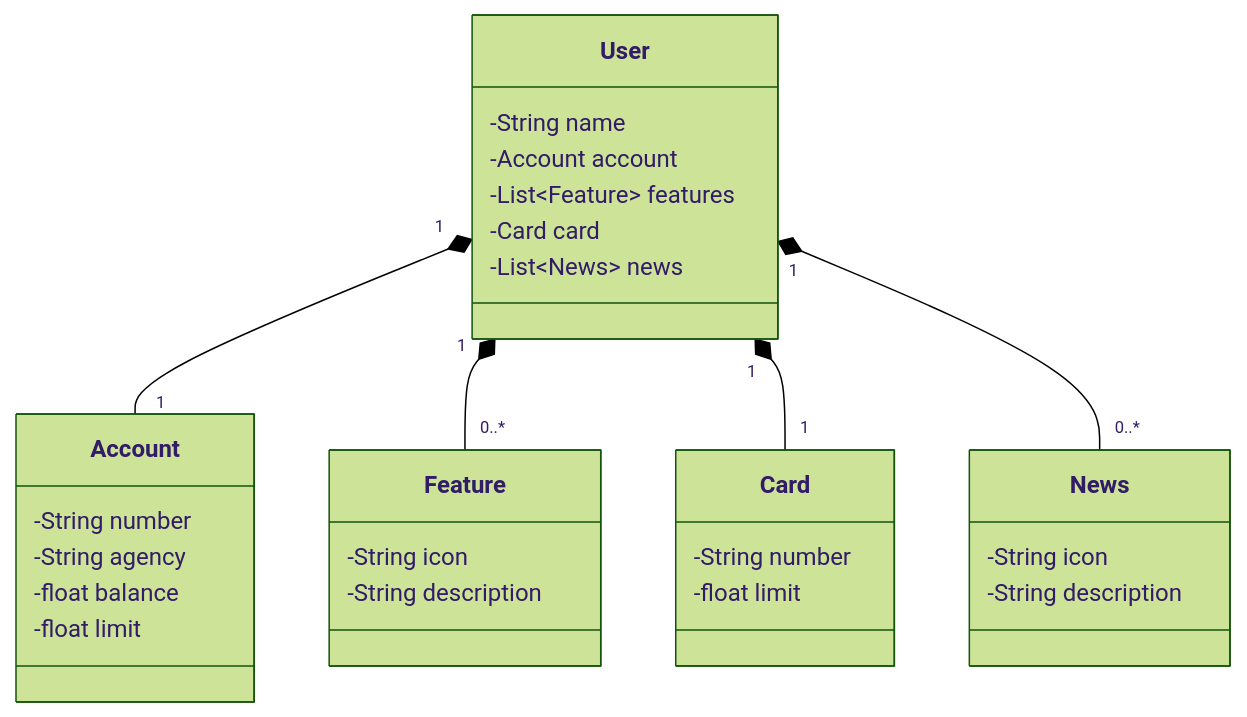
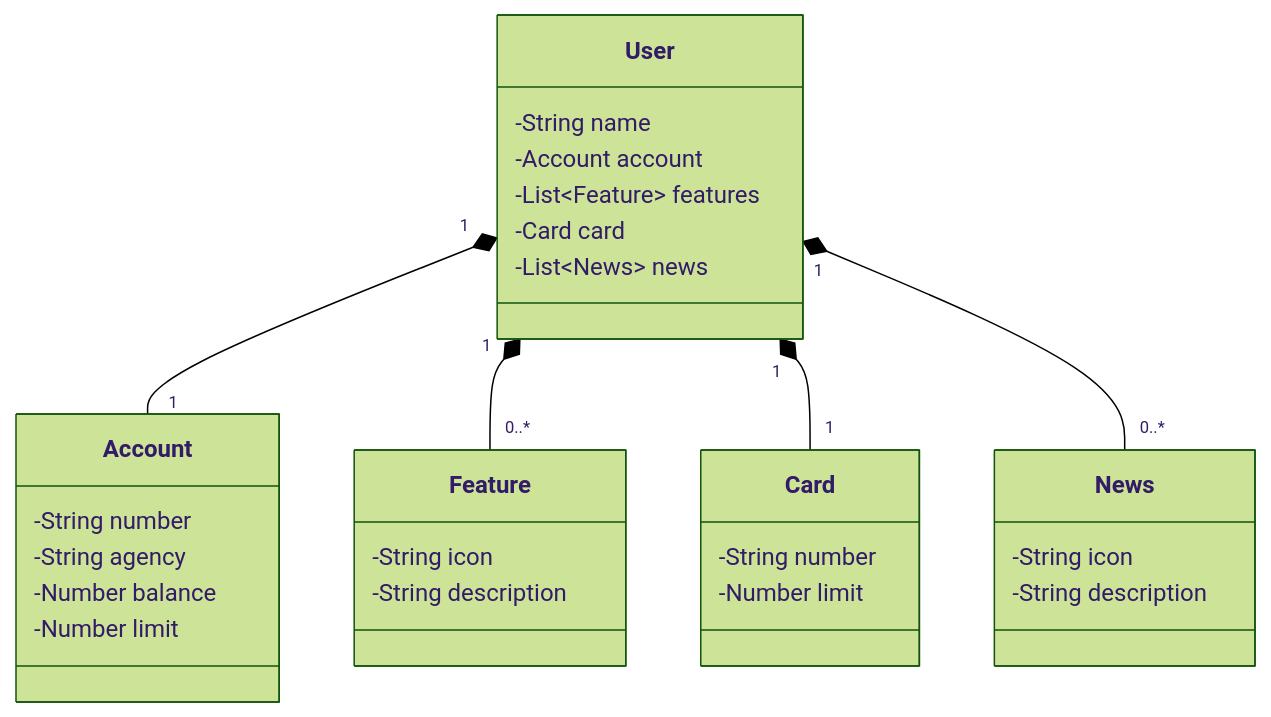
One commit to weritonpetreca/dio-java-cloud-native changed the diagram in dio-challenge/README.md. Above: the diagram before and after it, drawn with Mermaid (forest theme).

Commit message:
Update README.md
fix variable type on README.md

````diff
--- a/dio-challenge/README.md
+++ b/dio-challenge/README.md
@@ -5,37 +5,37 @@
 ```mermaid
 classDiagram
     class User {
         -String name
         -Account account
         -List~Feature~ features
         -Card card
         -List~News~ news
     }
     
     class Account {
         -String number
         -String agency
-        -float balance
-        -float limit
+        -Number balance
+        -Number limit
     }
     
     class Feature {
         -String icon
         -String description
     }
     
     class Card {
         -String number
-        -float limit
+        -Number limit
     }
     
     class News {
         -String icon
         -String description
     }
     
     User "1" *-- "1" Account
     User "1" *-- "0..*" Feature
     User "1" *-- "1" Card
     User "1" *-- "0..*" News
 ```
````
